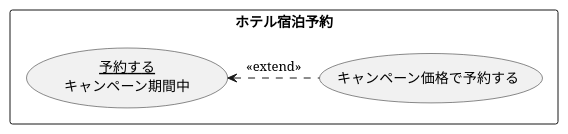
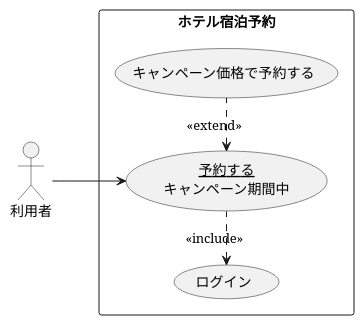
One commit to koha0516/uml-introduction changed the diagram in 演習2-4_キャンペーン中のホテル宿泊予約.pu. Above: the diagram before and after it, drawn with PlantUML.

Commit message:
2-4修正

```diff
--- a/演習2-4_キャンペーン中のホテル宿泊予約.pu
+++ b/演習2-4_キャンペーン中のホテル宿泊予約.pu
@@ -1,6 +1,11 @@
 @startuml ユースケース図
+left to right direction
+actor 利用者
 rectangle ホテル宿泊予約 {
+usecase ログイン
 usecase (<u>予約する</u>\nキャンペーン期間中) as input
 input <. (キャンペーン価格で予約する) : <<extend>>
+ログイン <. input : << include >>
+利用者-->input
 }
 @enduml
```
